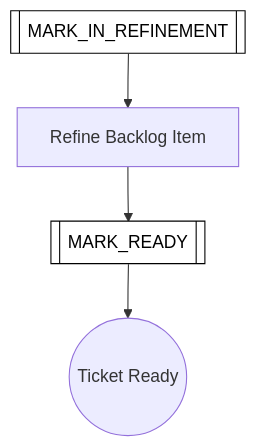
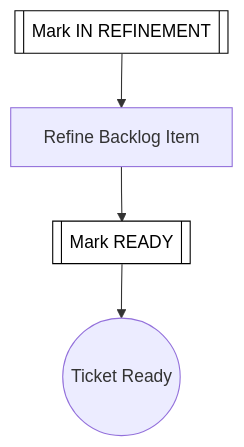
The third of 53 diagrams in docs/process-diagram.md (optivem/gh-optivem), drawn with Mermaid before and after one commit. The commit also changed other lines of this file and 7 other files, not shown here.

Commit message:
atdd: regenerate process-flow diagram

````diff
--- a/docs/process-diagram.md
+++ b/docs/process-diagram.md
@@ -78,14 +78,14 @@
 ```mermaid
 flowchart TD
-    MARK_IN_REFINEMENT[[MARK_IN_REFINEMENT]]
-    MARK_READY[[MARK_READY]]
+    MARK_IN_REFINEMENT[[Mark IN REFINEMENT]]
+    MARK_READY[[Mark READY]]
     REFINE_BACKLOG_ITEM[Refine Backlog Item]
     REFINE_TICKET_END((Ticket Ready))
 
     MARK_IN_REFINEMENT --> REFINE_BACKLOG_ITEM
     REFINE_BACKLOG_ITEM --> MARK_READY
     MARK_READY --> REFINE_TICKET_END
 
     classDef serviceNode fill:#ffffff,stroke:#000000,stroke-width:1px,color:#000000
     class MARK_IN_REFINEMENT,MARK_READY serviceNode
 ```
````
